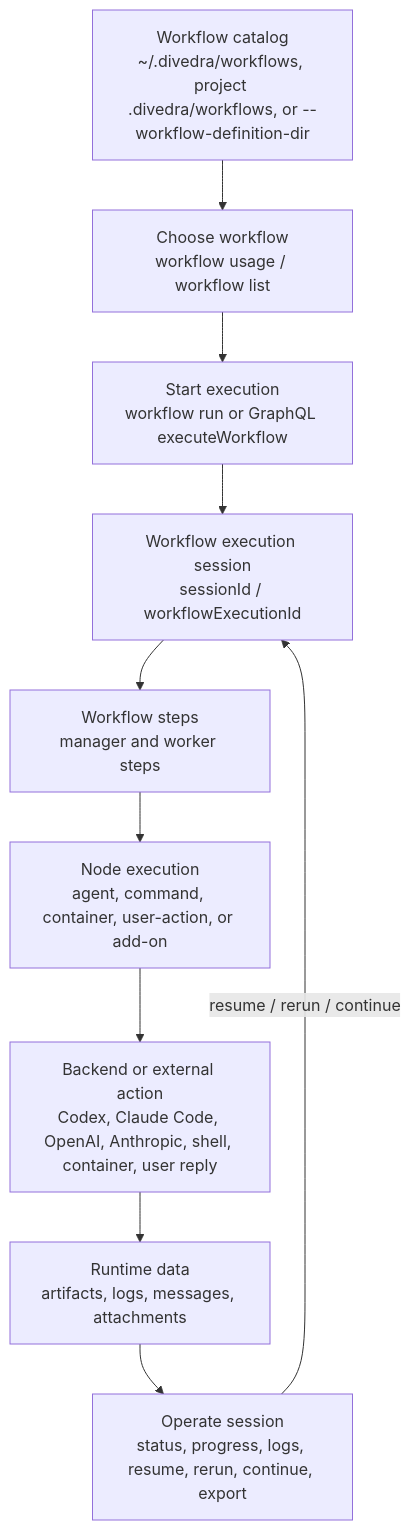
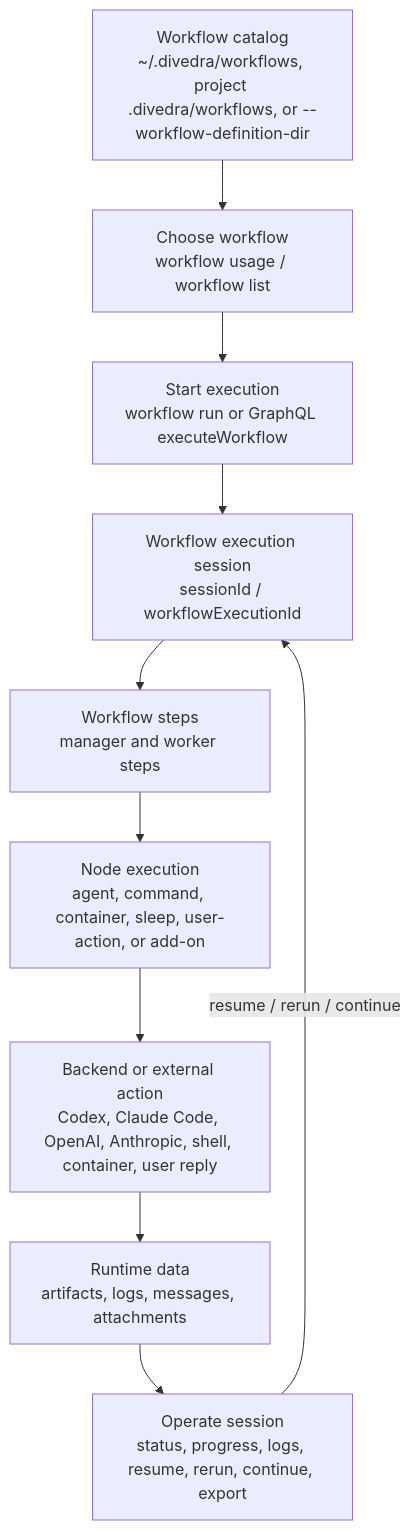
Before and after one commit to tacogips/rielflow: the diagram in README.md, drawn with Mermaid. The commit also changed other lines of this file and 35 other files, not shown here.

````diff
--- a/README.md
+++ b/README.md
@@ -8,17 +8,17 @@
 ```mermaid
 flowchart TD
   catalog["Workflow catalog<br/>~/.divedra/workflows, project .divedra/workflows, or --workflow-definition-dir"]
   choose["Choose workflow<br/>workflow usage / workflow list"]
   run["Start execution<br/>workflow run or GraphQL executeWorkflow"]
   session["Workflow execution session<br/>sessionId / workflowExecutionId"]
   steps["Workflow steps<br/>manager and worker steps"]
-  nodes["Node execution<br/>agent, command, container, user-action, or add-on"]
+  nodes["Node execution<br/>agent, command, container, sleep, user-action, or add-on"]
   backend["Backend or external action<br/>Codex, Claude Code, OpenAI, Anthropic, shell, container, user reply"]
   artifacts["Runtime data<br/>artifacts, logs, messages, attachments"]
   inspect["Operate session<br/>status, progress, logs, resume, rerun, continue, export"]
 
   catalog --> choose --> run --> session --> steps --> nodes --> backend
   backend --> artifacts
   artifacts --> inspect
   inspect -->|resume / rerun / continue| session
 ```
````
